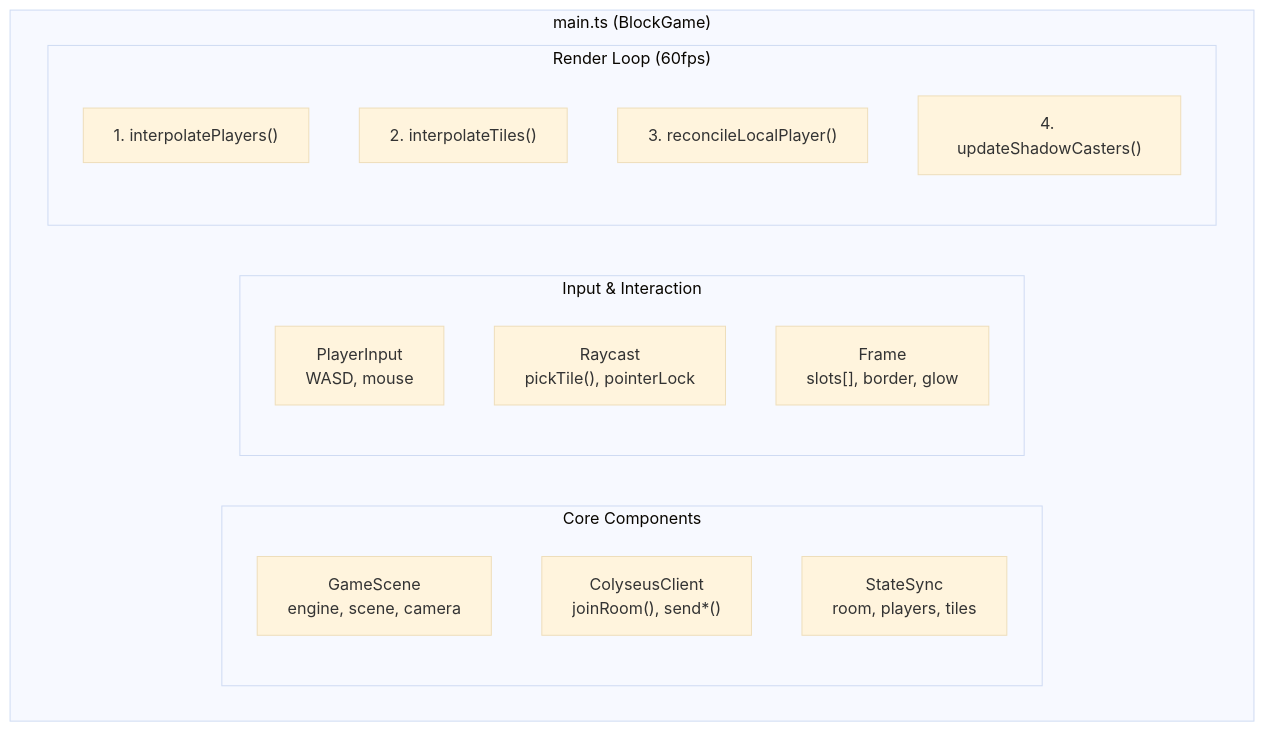
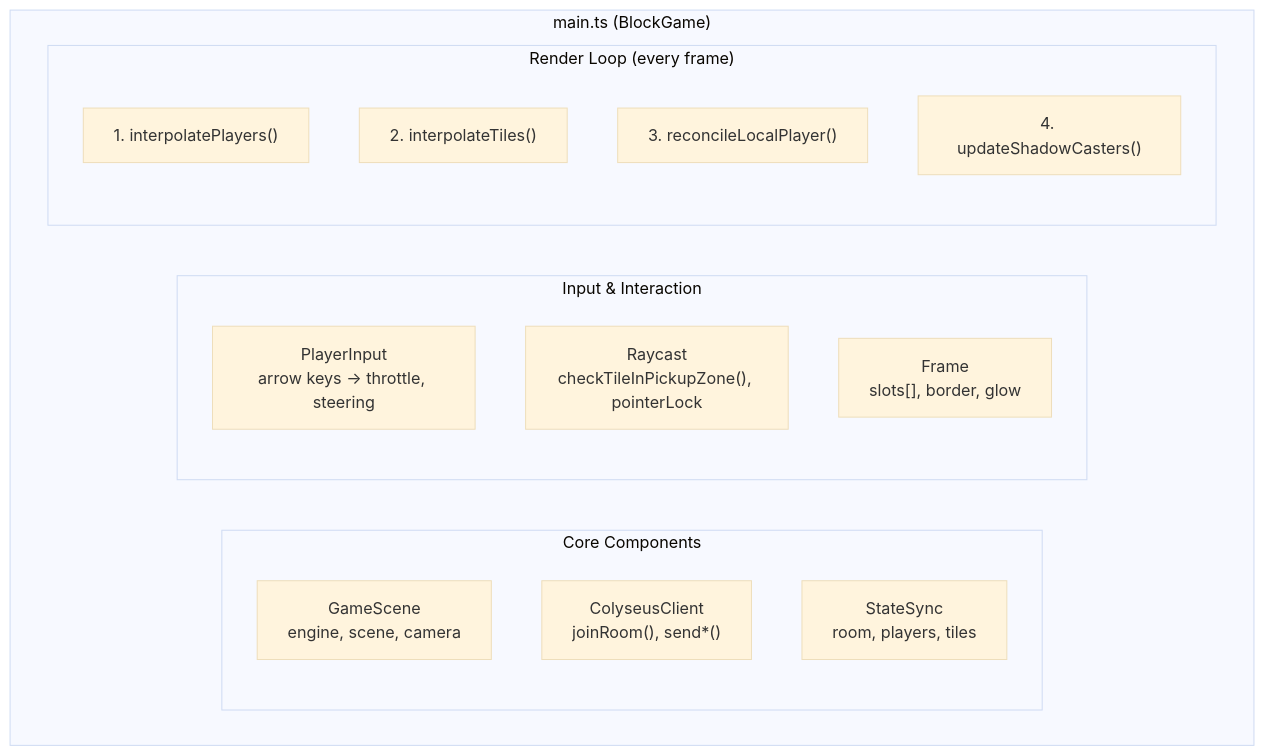
One commit to nguyenvanduocit/the-car-game changed the fourth of 8 diagrams in docs/ARCHITECTURE.md. Above: the diagram before and after it, drawn with Mermaid (base theme). The commit also changed other lines of this file and 18 other files, not shown here.

````diff
--- a/docs/ARCHITECTURE.md
+++ b/docs/ARCHITECTURE.md
@@ -227,23 +238,23 @@
 ```mermaid
 graph TB
     subgraph Main["main.ts (BlockGame)"]
         subgraph Core["Core Components"]
             GameScene["GameScene<br/>engine, scene, camera"]
             ColyseusClient["ColyseusClient<br/>joinRoom(), send*()"]
             StateSync["StateSync<br/>room, players, tiles"]
         end
 
         subgraph Input["Input & Interaction"]
-            PlayerInput["PlayerInput<br/>WASD, mouse"]
-            Raycast["Raycast<br/>pickTile(), pointerLock"]
+            PlayerInput["PlayerInput<br/>arrow keys → throttle, steering"]
+            Raycast["Raycast<br/>checkTileInPickupZone(), pointerLock"]
             Frame["Frame<br/>slots[], border, glow"]
         end
 
-        subgraph RenderLoop["Render Loop (60fps)"]
+        subgraph RenderLoop["Render Loop (every frame)"]
             interp_players["1. interpolatePlayers()"]
             interp_tiles["2. interpolateTiles()"]
             reconcile["3. reconcileLocalPlayer()"]
             shadows["4. updateShadowCasters()"]
         end
     end
 ```
````
